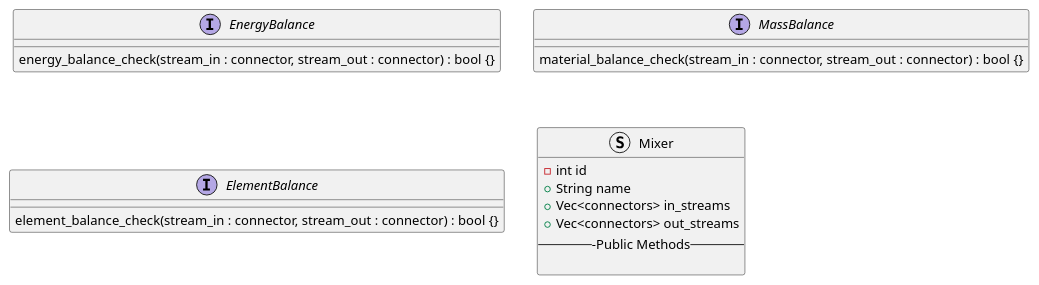
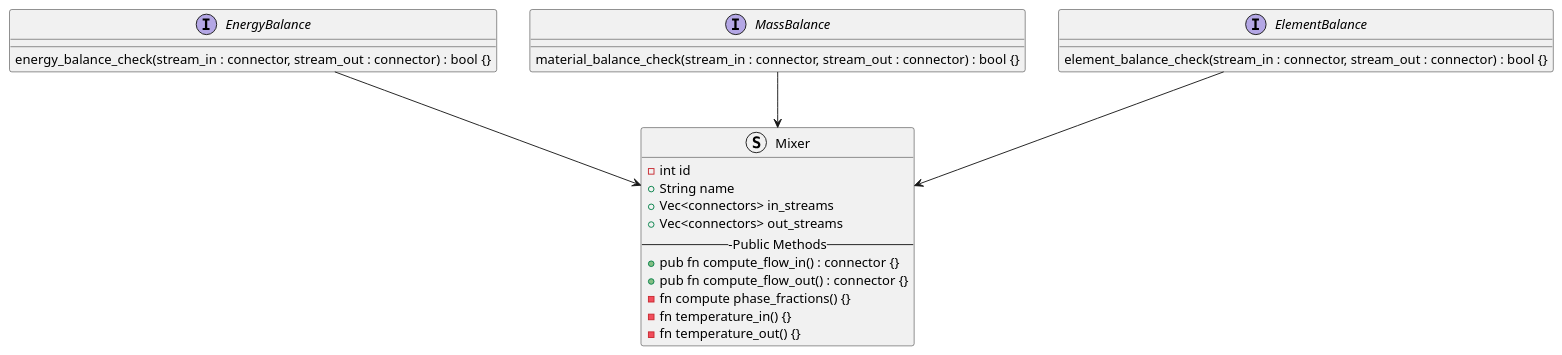
One commit to OSCPS-Project/OSCPS-UML changed the diagram in blocks-module/blocks-module.puml. Above: the diagram before and after it, drawn with PlantUML. The commit also changed 1 other file, not shown here.

```diff
--- a/blocks-module/blocks-module.puml
+++ b/blocks-module/blocks-module.puml
@@ -1,30 +1,38 @@
 @startuml Blocks_Module_Class_Diagram
 
 Interface EnergyBalance {
   energy_balance_check(stream_in : connector, stream_out : connector) : bool {} 
 }
 
 Interface MassBalance {
   material_balance_check(stream_in : connector, stream_out : connector) : bool {}  
 }
 
 
 Interface ElementBalance {
   element_balance_check(stream_in : connector, stream_out : connector) : bool {}
 }
 
 
 
 
 
 Struct Mixer {
   - int id
   + String name
   + Vec<connectors> in_streams
   + Vec<connectors> out_streams
   ---Public Methods--
+  + pub fn compute_flow_in() : connector {}
+  + pub fn compute_flow_out() : connector {}
+  - fn compute phase_fractions() {}
+  - fn temperature_in() {}
+  - fn temperature_out() {}
+}
 
-}
+EnergyBalance --> Mixer
+MassBalance --> Mixer
+ElementBalance --> Mixer
 
 
 @enduml
```
